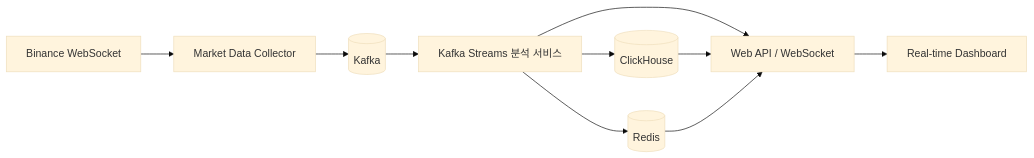
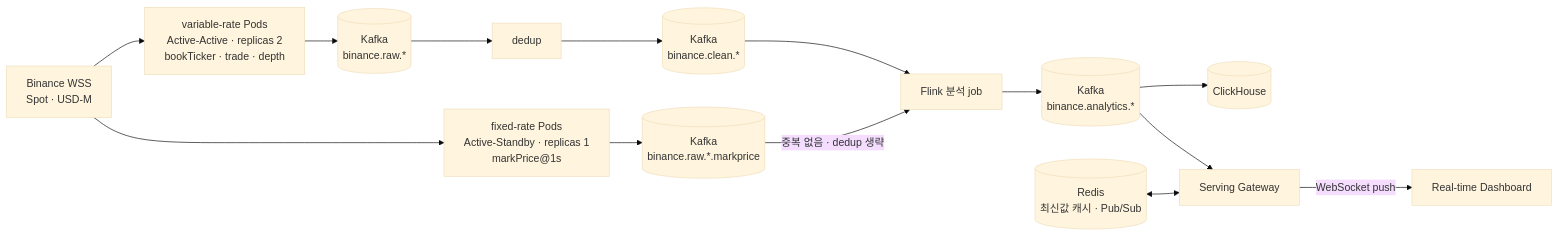
Before and after one commit to donghee-kim775/binance-project: the diagram in README.md, drawn with Mermaid (base theme). The commit also changed other lines of this file and 14 other files, not shown here.

````diff
--- a/README.md
+++ b/README.md
@@ -21,12 +22,16 @@
 ```mermaid
 flowchart LR
-    B[Binance WebSocket] --> C[Market Data Collector]
-    C --> K[(Kafka)]
-    K --> A[Kafka Streams 분석 서비스]
-    A --> CH[(ClickHouse)]
-    A --> RD[(Redis)]
-    A --> W[Web API / WebSocket]
-    CH --> W
-    RD --> W
-    W --> UI[Real-time Dashboard]
+    B[Binance WSS<br/>Spot · USD-M] --> IV[variable-rate Pods<br/>Active-Active · replicas 2<br/>bookTicker · trade · depth]
+    B --> IF[fixed-rate Pods<br/>Active-Standby · replicas 1<br/>markPrice@1s]
+    IV --> RAW[(Kafka<br/>binance.raw.*)]
+    IF --> RAWM[(Kafka<br/>binance.raw.*.markprice)]
+    RAW --> D[dedup]
+    D --> CLEAN[(Kafka<br/>binance.clean.*)]
+    CLEAN --> F[Flink 분석 job]
+    RAWM -->|중복 없음 · dedup 생략| F
+    F --> AN[(Kafka<br/>binance.analytics.*)]
+    AN --> CH[(ClickHouse)]
+    AN --> GW[Serving Gateway]
+    RD[(Redis<br/>최신값 캐시 · Pub/Sub)] <--> GW
+    GW -->|WebSocket push| UI[Real-time Dashboard]
 ```
````
